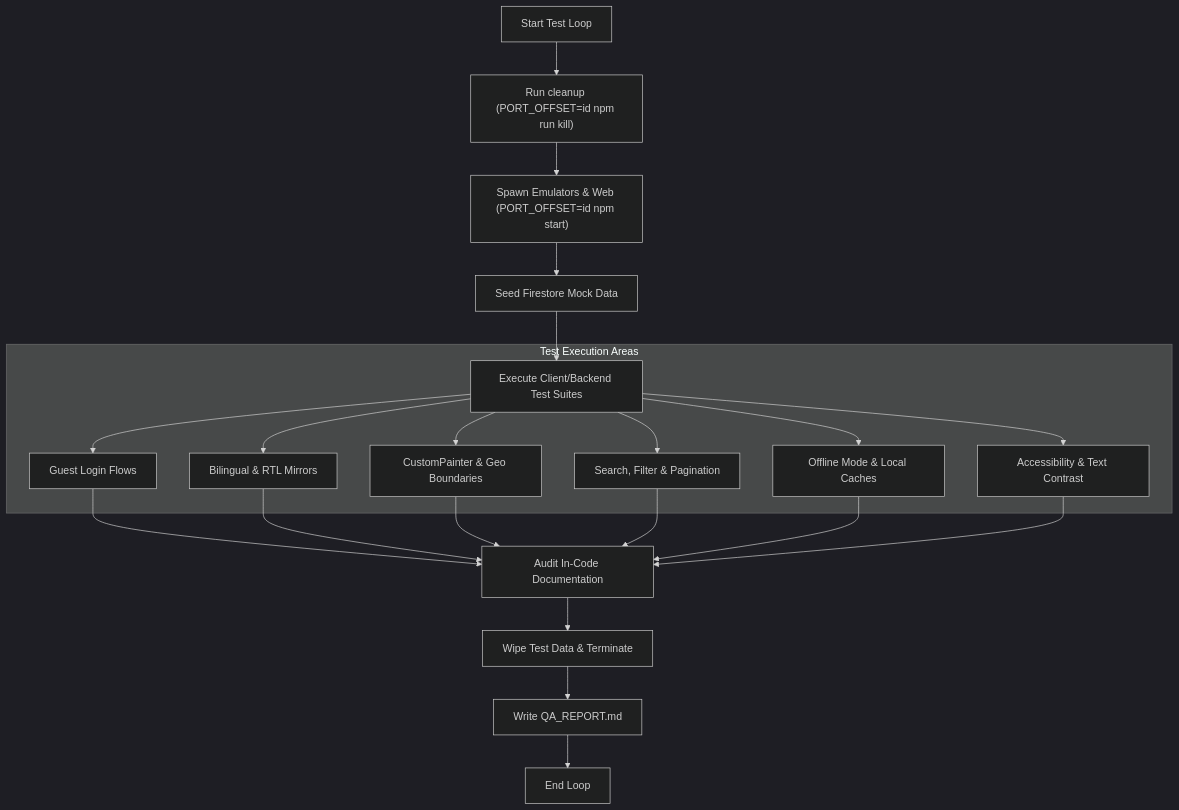
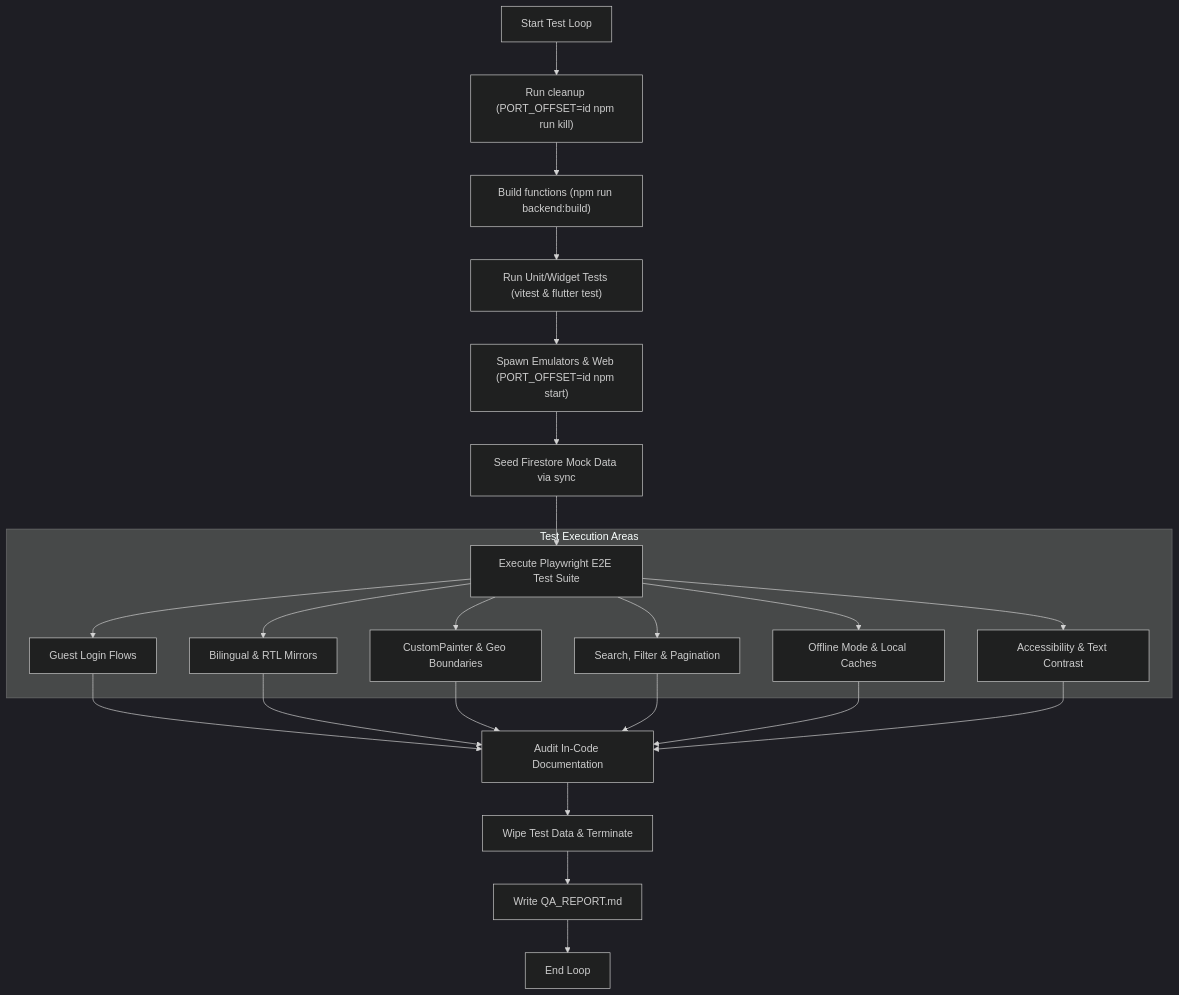
The first of 2 diagrams in .agents/skills/qa/SKILL.md (assafbz/PlainSightIL), drawn with Mermaid (dark theme) before and after one commit. The commit also changed other lines of this file and 24 other files, not shown here.

````diff
--- a/.agents/skills/qa/SKILL.md
+++ b/.agents/skills/qa/SKILL.md
@@ -20,27 +23,29 @@
 ```mermaid
 graph TD
     Start[Start Test Loop] --> Kill["Run cleanup (PORT_OFFSET=id npm run kill)"]
-    Kill --> Spawn["Spawn Emulators & Web (PORT_OFFSET=id npm start)"]
-    Spawn --> Seed[Seed Firestore Mock Data]
-    Seed --> RunTests[Execute Client/Backend Test Suites]
+    Kill --> BuildBack["Build functions (npm run backend:build)"]
+    BuildBack --> RunLocalTests["Run Unit/Widget Tests (vitest & flutter test)"]
+    RunLocalTests --> Spawn["Spawn Emulators & Web (PORT_OFFSET=id npm start)"]
+    Spawn --> Seed[Seed Firestore Mock Data via sync]
+    Seed --> RunE2E["Execute Playwright E2E Test Suite"]
     
     subgraph Test Execution Areas
-        RunTests --> Guest[Guest Login Flows]
-        RunTests --> RTL[Bilingual & RTL Mirrors]
-        RunTests --> CustomPaint[CustomPainter & Geo Boundaries]
-        RunTests --> Search[Search, Filter & Pagination]
-        RunTests --> Offline[Offline Mode & Local Caches]
-        RunTests --> A11y[Accessibility & Text Contrast]
+        RunE2E --> Guest[Guest Login Flows]
+        RunE2E --> RTL[Bilingual & RTL Mirrors]
+        RunE2E --> CustomPaint[CustomPainter & Geo Boundaries]
+        RunE2E --> Search[Search, Filter & Pagination]
+        RunE2E --> Offline[Offline Mode & Local Caches]
+        RunE2E --> A11y[Accessibility & Text Contrast]
     end
     
     Guest --> AuditDocs[Audit In-Code Documentation]
     RTL --> AuditDocs
     CustomPaint --> AuditDocs
     Search --> AuditDocs
     Offline --> AuditDocs
     A11y --> AuditDocs
     
     AuditDocs --> TearDown[Wipe Test Data & Terminate]
     TearDown --> Report["Write QA_REPORT.md"]
     Report --> End[End Loop]
 ```
````
